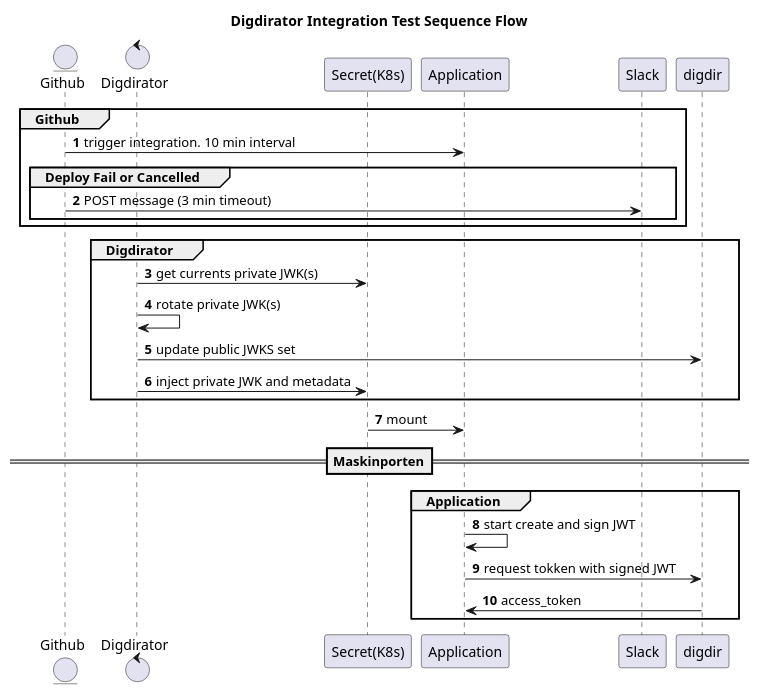
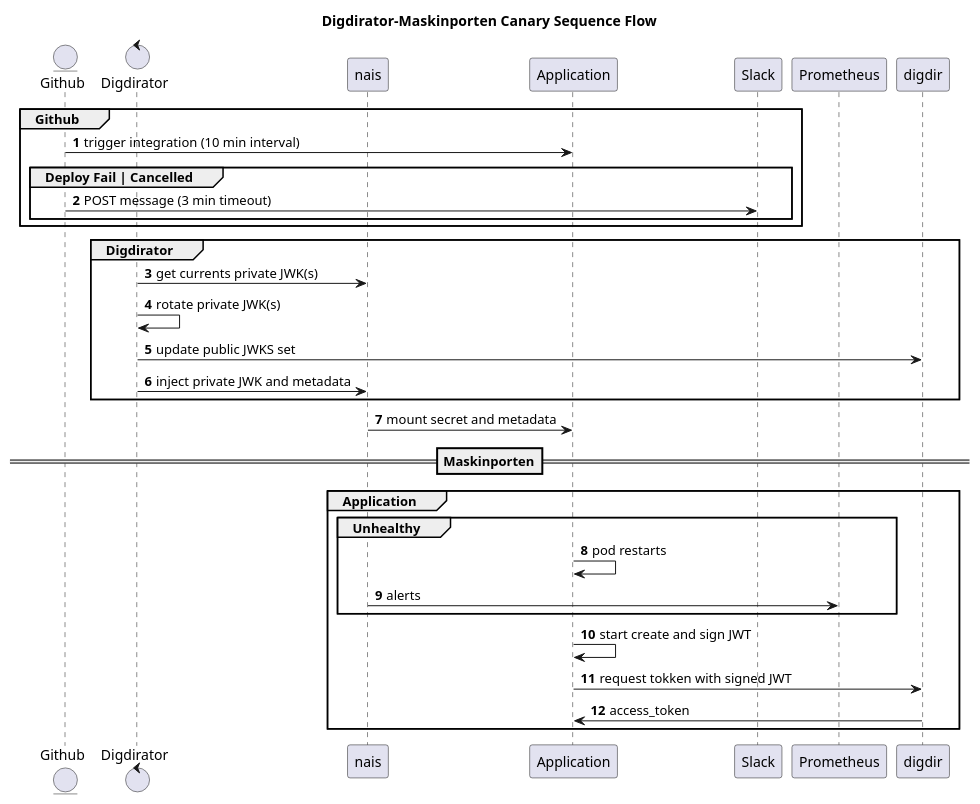
One commit to navikt/digdirator-maskinporten changed the diagram in docs/sequence.puml. Above: the diagram before and after it, drawn with PlantUML. The commit also changed 2 other files, not shown here.

```diff
--- a/docs/sequence.puml
+++ b/docs/sequence.puml
@@ -1,35 +1,40 @@
 @startuml component
-title Digdirator Integration Test Sequence Flow
+title Digdirator-Maskinporten Canary Sequence Flow
 skinparam maxMessageSize 300
 autonumber
 
 entity github as "Github"
 control digdirator as "Digdirator"
-participant secret as "Secret(K8s)"
+participant nais as "nais"
 participant application as "Application"
 participant slack as "Slack"
+participant prom as "Prometheus"
 
 group Github
-github -> application: trigger integration. 10 min interval
-group Deploy Fail or Cancelled
-github -> slack: POST message (3 min timeout)
-end
+github -> application: trigger integration (10 min interval)
+    group Deploy Fail | Cancelled
+    github -> slack: POST message (3 min timeout)
+    end
 end
 
 group Digdirator
-    digdirator -> secret: get currents private JWK(s)
+    digdirator -> nais: get currents private JWK(s)
     digdirator -> digdirator: rotate private JWK(s)
     digdirator -> digdir: update public JWKS set
-    digdirator -> secret: inject private JWK and metadata
+    digdirator -> nais: inject private JWK and metadata
 end
 
- secret -> application: mount
+nais -> application: mount secret and metadata
 
 ==Maskinporten==
 group Application
+    group Unhealthy
+        application -> application: pod restarts
+        nais -> prom: alerts
+    end
     application -> application: start create and sign JWT
     application -> digdir: request tokken with signed JWT
     digdir -> application: access_token
 end
 
 @enduml
```
